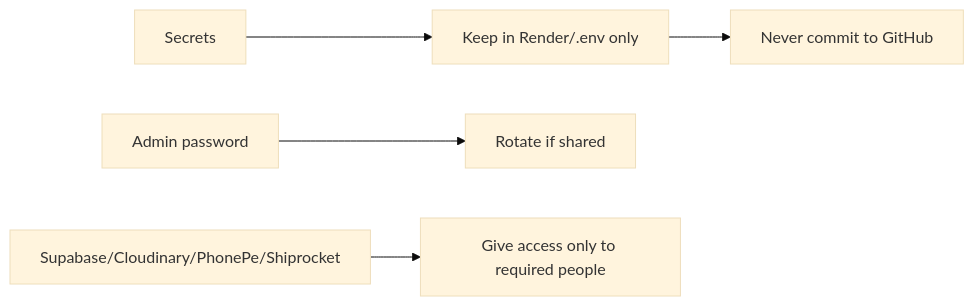
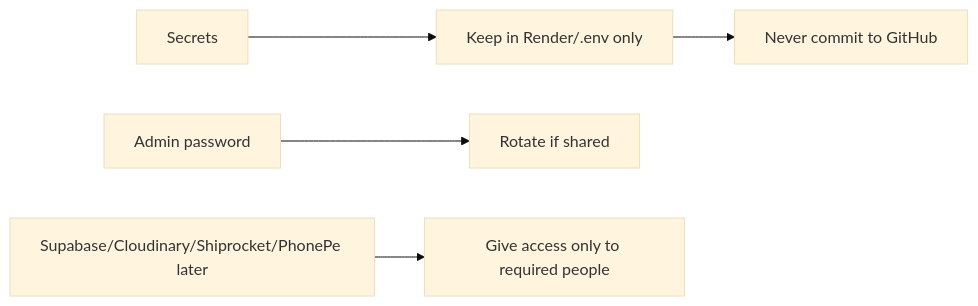
One commit to nikacreations0927/NikaArtStudio changed diagram 17 of 18 in ADMIN_USER_GUIDE.md. Above: the diagram before and after it, drawn with Mermaid (base theme). The commit also changed other lines of this file and 13 other files, not shown here.

````diff
--- a/ADMIN_USER_GUIDE.md
+++ b/ADMIN_USER_GUIDE.md
@@ -477,7 +478,7 @@
 ```mermaid
 flowchart LR
   Secrets["Secrets"] --> Env["Keep in Render/.env only"]
   Env --> NoGit["Never commit to GitHub"]
   AdminPass["Admin password"] --> Rotate["Rotate if shared"]
-  Access["Supabase/Cloudinary/PhonePe/Shiprocket"] --> Limit["Give access only to required people"]
+  Access["Supabase/Cloudinary/Shiprocket/PhonePe later"] --> Limit["Give access only to required people"]
 ```
````
